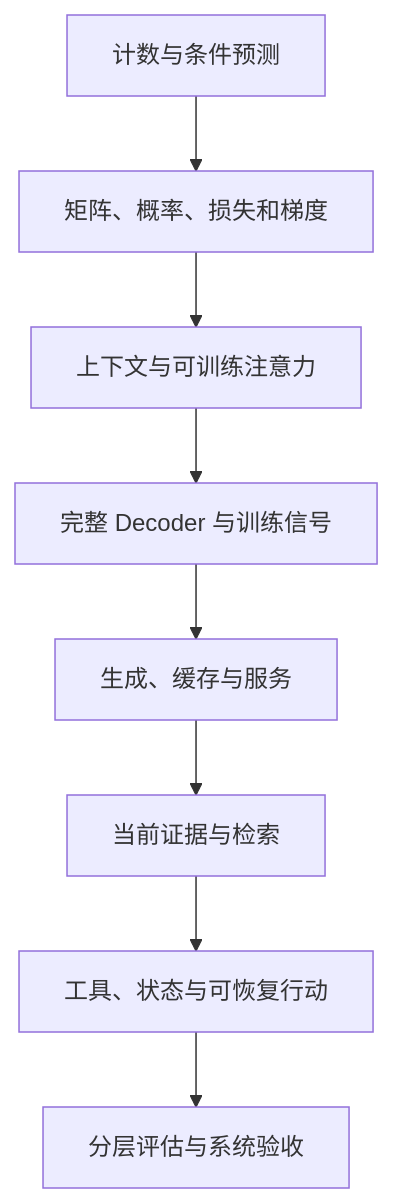
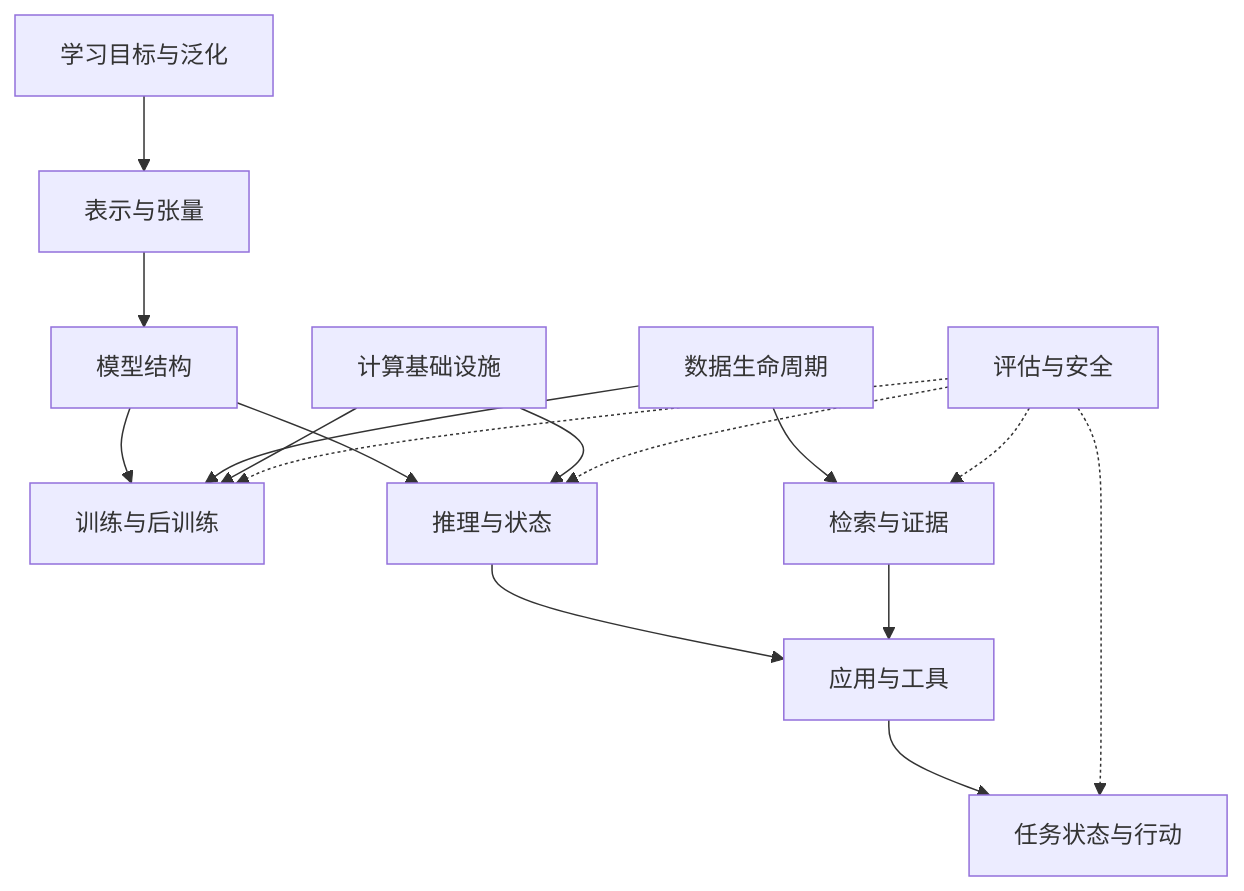
Before and after one commit to miauyle/ai-systems-architecture-guide: the diagram in docs/00-learning-roadmap.md, drawn with Mermaid. The commit also changed other lines of this file and 60 other files, not shown here.

````diff
--- a/docs/00-learning-roadmap.md
+++ b/docs/00-learning-roadmap.md
@@ -13,10 +13,18 @@
 ```mermaid
-flowchart TD
-    A[计数与条件预测] --> B[矩阵、概率、损失和梯度]
-    B --> C[上下文与可训练注意力]
-    C --> D[完整 Decoder 与训练信号]
-    D --> E[生成、缓存与服务]
-    E --> F[当前证据与检索]
-    F --> G[工具、状态与可恢复行动]
-    G --> H[分层评估与系统验收]
+flowchart TB
+    ML[学习目标与泛化] --> REP[表示与张量]
+    REP --> MOD[模型结构]
+    MOD --> TR[训练与后训练]
+    MOD --> INF[推理与状态]
+    DATA[数据生命周期] --> TR
+    DATA --> RET[检索与证据]
+    HW[计算基础设施] --> TR
+    HW --> INF
+    INF --> APP[应用与工具]
+    RET --> APP
+    APP --> AG[任务状态与行动]
+    EV[评估与安全] -.-> TR
+    EV -.-> INF
+    EV -.-> RET
+    EV -.-> AG
 ```
````
